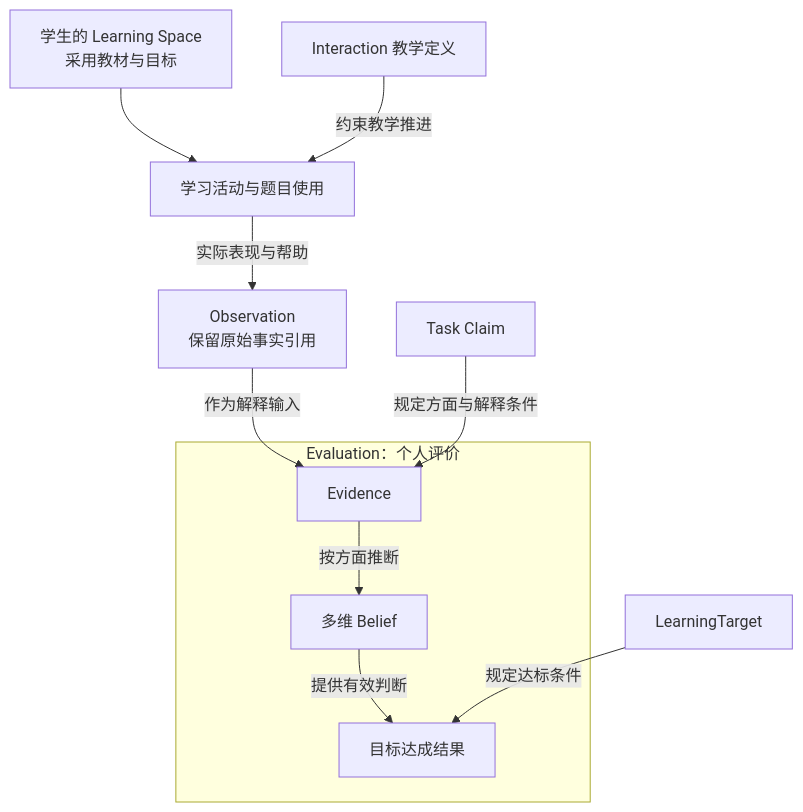
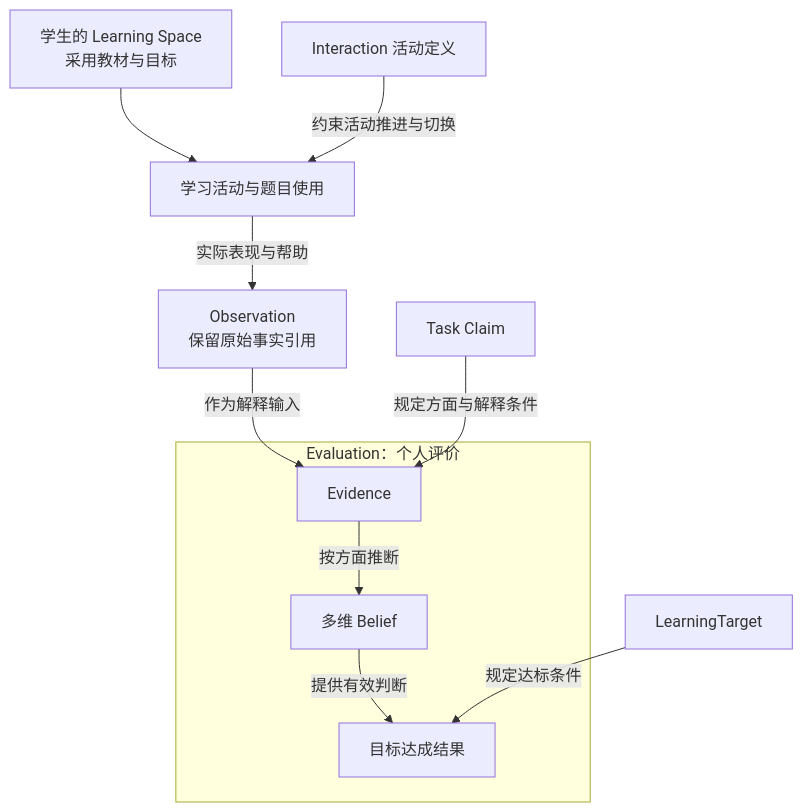
The third of 4 diagrams in doc/mvp/m1/PRD.md (ivgotcrazy/deermind), drawn with Mermaid before and after one commit. The commit also changed other lines of this file and 15 other files, not shown here.

````diff
--- a/doc/mvp/m1/PRD.md
+++ b/doc/mvp/m1/PRD.md
@@ -135,13 +135,13 @@
 ```mermaid
 flowchart TB
     LS["学生的 Learning Space<br/>采用教材与目标"] --> ACT["学习活动与题目使用"]
-    TE["Interaction 教学定义"] -->|"约束教学推进"| ACT
+    TE["Interaction 活动定义"] -->|"约束活动推进与切换"| ACT
     ACT -->|"实际表现与帮助"| O["Observation<br/>保留原始事实引用"]
     O -->|"作为解释输入"| EV["Evidence"]
     CL["Task Claim"] -->|"规定方面与解释条件"| EV
     subgraph E["Evaluation：个人评价"]
         EV -->|"按方面推断"| B["多维 Belief"]
         B -->|"提供有效判断"| TA["目标达成结果"]
     end
     G["LearningTarget"] -->|"规定达标条件"| TA
 ```
````
